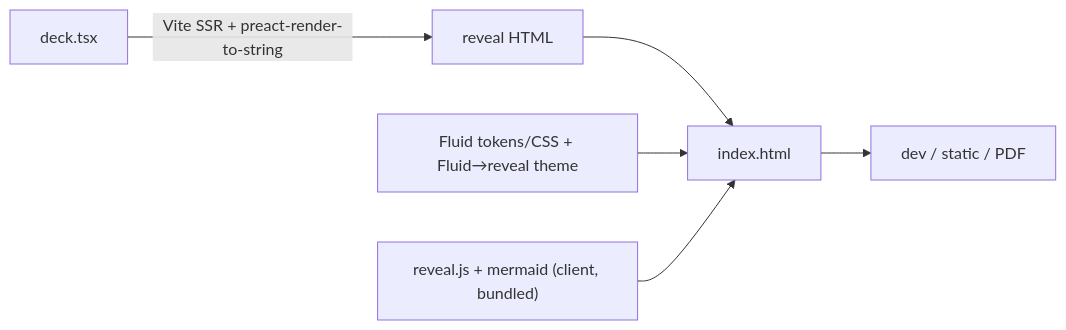
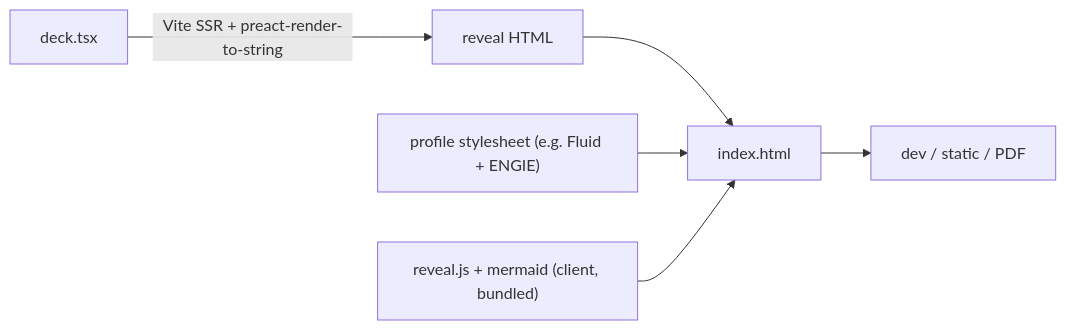
Before and after one commit to 5cover/lectern: the diagram in README.md, drawn with Mermaid. The commit also changed other lines of this file, not shown here.

````diff
--- a/README.md
+++ b/README.md
@@ -175,8 +227,8 @@
 ```mermaid
 flowchart LR
   D["deck.tsx"] -->|"Vite SSR + preact-render-to-string"| R["reveal HTML"]
   R --> H["index.html"]
-  F["Fluid tokens/CSS + Fluid→reveal theme"] --> H
+  F["profile stylesheet (e.g. Fluid + ENGIE)"] --> H
   C["reveal.js + mermaid (client, bundled)"] --> H
   H --> O["dev / static / PDF"]
 ```
````
